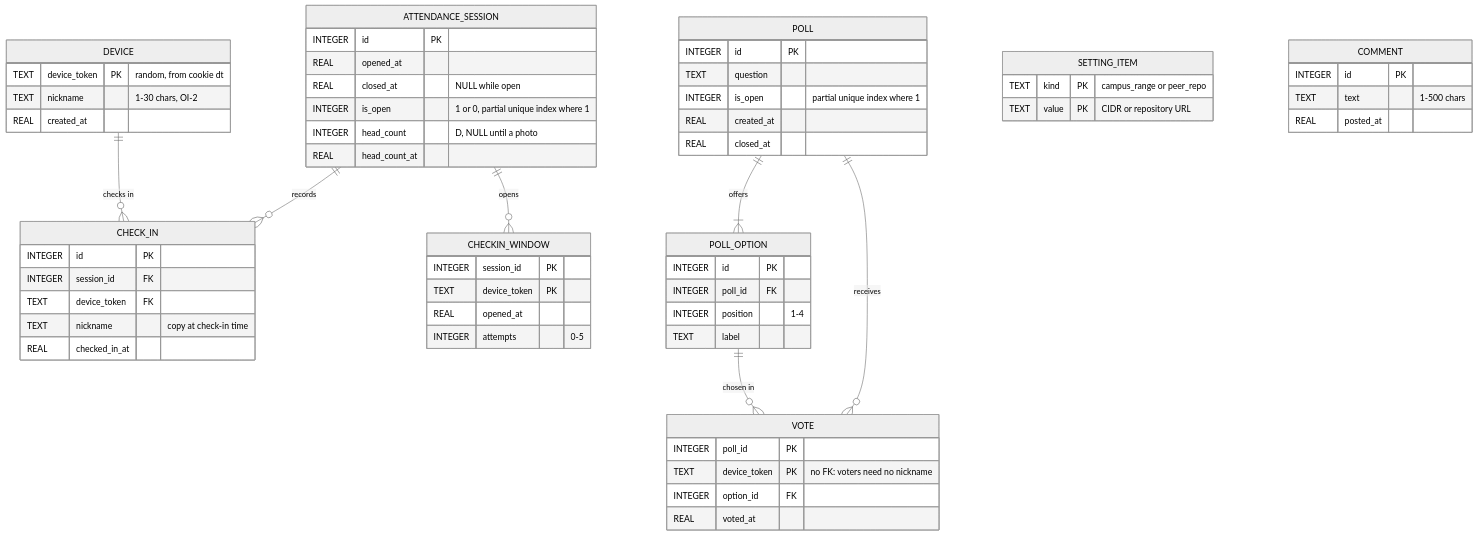
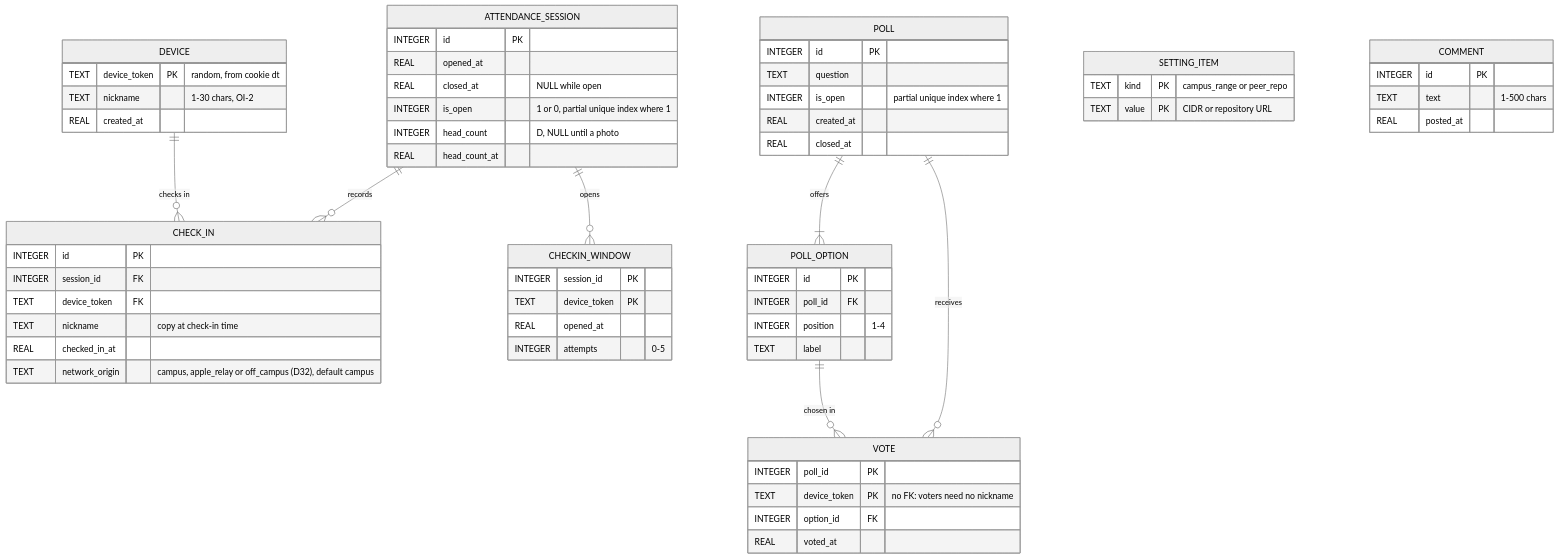
Diagram 20 of 20 in docs/design.md (ronsarfati/EX2-Teaching-Tool), drawn with Mermaid (neutral theme) before and after one commit. The commit also changed other lines of this file and 2 other files, not shown here.

Commit message:
docs: add D32 network origin of a check-in (campus / Apple relay / off campus)

````diff
--- a/docs/design.md
+++ b/docs/design.md
@@ -1318,64 +1484,65 @@
 ```mermaid
 erDiagram
   ATTENDANCE_SESSION ||--o{ CHECK_IN : records
   DEVICE ||--o{ CHECK_IN : "checks in"
   ATTENDANCE_SESSION ||--o{ CHECKIN_WINDOW : "opens"
   POLL ||--|{ POLL_OPTION : offers
   POLL ||--o{ VOTE : receives
   POLL_OPTION ||--o{ VOTE : "chosen in"
 
   ATTENDANCE_SESSION {
     INTEGER id PK
     REAL opened_at
     REAL closed_at "NULL while open"
     INTEGER is_open "1 or 0, partial unique index where 1"
     INTEGER head_count "D, NULL until a photo"
     REAL head_count_at
   }
   DEVICE {
     TEXT device_token PK "random, from cookie dt"
     TEXT nickname "1-30 chars, OI-2"
     REAL created_at
   }
   CHECK_IN {
     INTEGER id PK
     INTEGER session_id FK
     TEXT device_token FK
     TEXT nickname "copy at check-in time"
     REAL checked_in_at
+    TEXT network_origin "campus, apple_relay or off_campus (D32), default campus"
   }
   CHECKIN_WINDOW {
     INTEGER session_id PK
     TEXT device_token PK
     REAL opened_at
     INTEGER attempts "0-5"
   }
   SETTING_ITEM {
     TEXT kind PK "campus_range or peer_repo"
     TEXT value PK "CIDR or repository URL"
   }
   COMMENT {
     INTEGER id PK
     TEXT text "1-500 chars"
     REAL posted_at
   }
   POLL {
     INTEGER id PK
     TEXT question
     INTEGER is_open "partial unique index where 1"
     REAL created_at
     REAL closed_at
   }
   POLL_OPTION {
     INTEGER id PK
     INTEGER poll_id FK
     INTEGER position "1-4"
     TEXT label
   }
   VOTE {
     INTEGER poll_id PK
     TEXT device_token PK "no FK: voters need no nickname"
     INTEGER option_id FK
     REAL voted_at
   }
 ```
````
